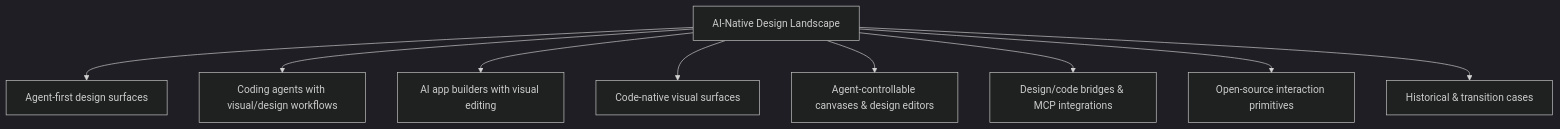
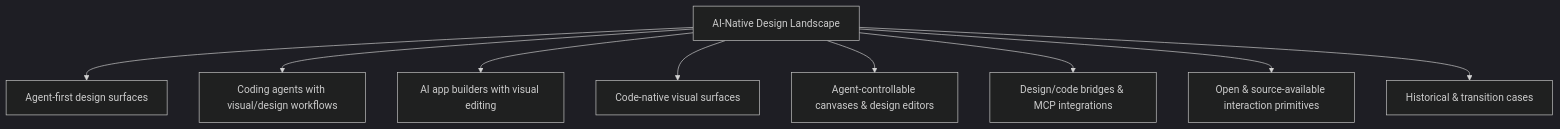
One commit to cc1024201/ai-native-design-landscape changed the first of 2 diagrams in README.md. Above: the diagram before and after it, drawn with Mermaid (dark theme). The commit also changed other lines of this file and 1 other file, not shown here.

````diff
--- a/README.md
+++ b/README.md
@@ -94,12 +95,12 @@
 ```mermaid
 flowchart TD
     L[AI-Native Design Landscape]
     L --> A[Agent-first design surfaces]
     L --> B[Coding agents with visual/design workflows]
     L --> C[AI app builders with visual editing]
     L --> D[Code-native visual surfaces]
     L --> E[Agent-controllable canvases & design editors]
     L --> F[Design/code bridges & MCP integrations]
-    L --> G[Open-source interaction primitives]
+    L --> G[Open & source-available interaction primitives]
     L --> H[Historical & transition cases]
 ```
````
